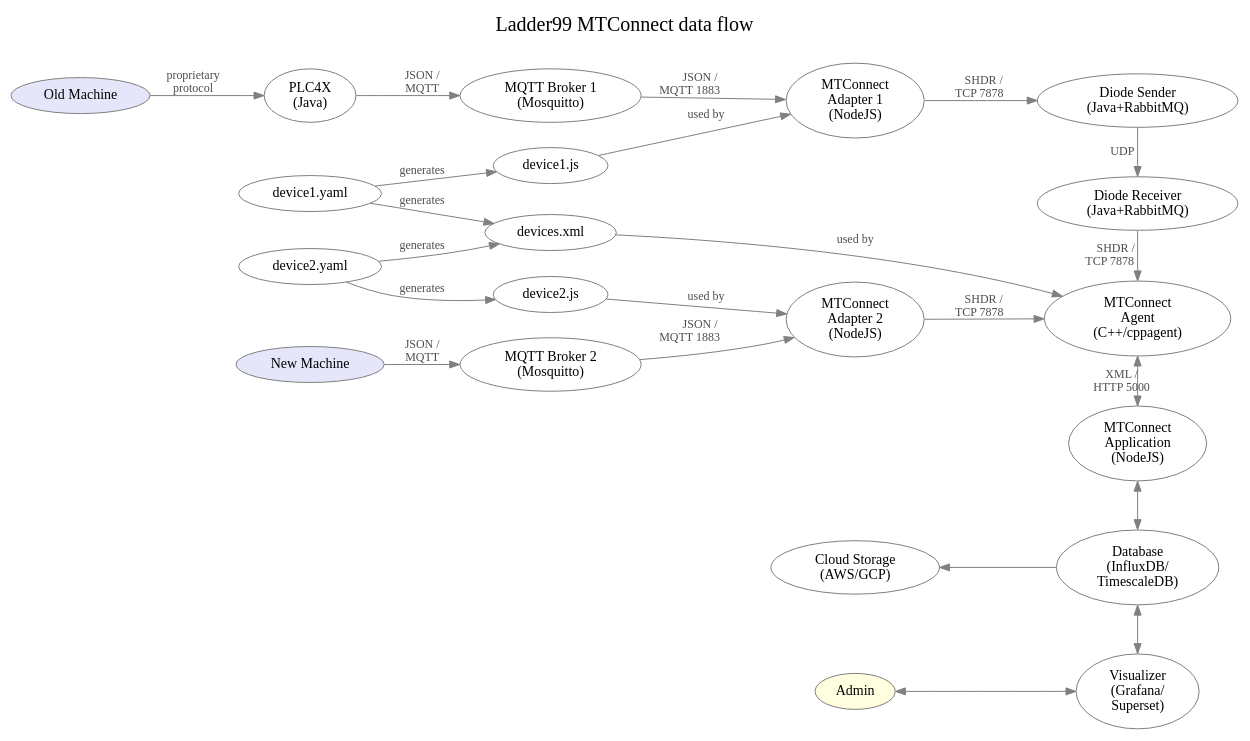
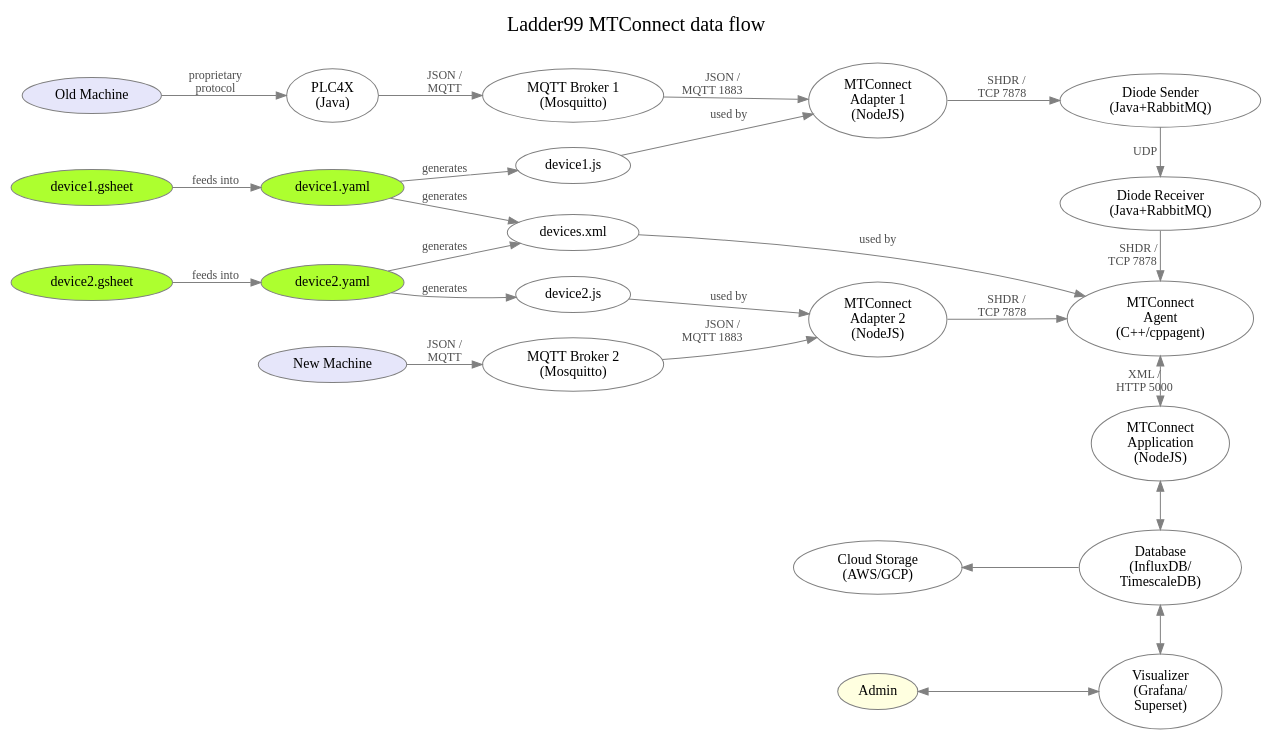
The diagram in docs/architecture.dot (Ladder99/ladder99), drawn with Graphviz before and after one commit. The commit also changed 1 other file, not shown here.

```diff
--- a/docs/architecture.dot
+++ b/docs/architecture.dot
@@ -1,73 +1,77 @@
 digraph "ladder99-adapter" {
 
   // styles
   graph [ label="Ladder99 MTConnect data flow\n "; color=lightgray; ];
   graph [ fontsize=20 ];
   graph [ labelloc=t ];
   graph [ ranksep=0.2 ];
   graph [ nodesep=0.35 ];
   graph [ rankdir=LR; ] // left-to-right
   node [ color=gray; fillcolor=white; style=filled ];
   edge [ color=gray ];
   edge [ fontsize=12; fontcolor=gray30; ];
 
   // nodes
   OldMachine [ fillcolor=lavender; label="Old Machine" ];
   NewMachine [ fillcolor=lavender; label="New Machine" ];
   PLC4X [ label="PLC4X\n(Java)" ];
   Broker1 [ label="MQTT Broker 1\n(Mosquitto)" ];
   Broker2 [ label="MQTT Broker 2\n(Mosquitto)" ];
-  Adapter1 [ fillcolor=white; label="MTConnect\nAdapter 1\n(NodeJS)" ];
-  Adapter2 [ fillcolor=white; label="MTConnect\nAdapter 2\n(NodeJS)" ];
-  Device1Yaml [ label="device1.yaml" ];
+  Adapter1 [ label="MTConnect\nAdapter 1\n(NodeJS)" ];
+  Adapter2 [ label="MTConnect\nAdapter 2\n(NodeJS)" ];
+  Device1Sheet [ fillcolor=greenyellow; label="device1.gsheet" ];
+  Device1Yaml [ fillcolor=greenyellow; label="device1.yaml" ];
   Device1Js [ label="device1.js" ];
-  Device2Yaml [ label="device2.yaml" ];
+  Device2Sheet [ fillcolor=greenyellow; label="device2.gsheet" ];
+  Device2Yaml [ fillcolor=greenyellow; label="device2.yaml" ];
   Device2Js [ label="device2.js" ];
   DiodeSender [ label="Diode Sender\n(Java+RabbitMQ)" ];
   DiodeReceiver [ label="Diode Receiver\n(Java+RabbitMQ)" ];
-  Agent [ fillcolor=white; label="MTConnect\nAgent\n(C++/cppagent)" ];
+  Agent [ label="MTConnect\nAgent\n(C++/cppagent)" ];
   DevicesXml [ label="devices.xml" ];
-  Application [ fillcolor=white; label="MTConnect\nApplication\n(NodeJS)" ];
+  Application [ label="MTConnect\nApplication\n(NodeJS)" ];
   Database [ label="Database\n(InfluxDB/\nTimescaleDB)" ];
   Visualizer [ label="Visualizer\n(Grafana/\nSuperset)" ];
   Cloud [ label="Cloud Storage\n(AWS/GCP)" ];
   Admin [ fillcolor=lightyellow ];
   // LOI [ label="LOI\n(SvelteJS)" ];
   // Operator [ fillcolor=lightyellow ];
 
   // edges
   OldMachine -> PLC4X [ label="proprietary\nprotocol" ];
   PLC4X -> Broker1 [ label="JSON / \nMQTT" ];
   NewMachine -> Broker2 [ label="JSON / \nMQTT" ];
   Broker1 -> Adapter1 [ label="JSON /    \nMQTT 1883           " ];
   Broker2 -> Adapter2 [ label="JSON /    \nMQTT 1883           " ];
   Adapter1 -> DiodeSender [ label="SHDR /   \nTCP 7878      " ];
   Adapter2 -> Agent [ label="SHDR /   \nTCP 7878      " ];
+  Device1Sheet -> Device1Yaml [ label="feeds into" ];
   Device1Yaml -> Device1Js [ label="generates" ];
   Device1Js -> Adapter1 [ label="used by" ];
+  Device2Sheet -> Device2Yaml [ label="feeds into" ];
   Device2Yaml -> Device2Js [ label="generates" ];
   Device2Js -> Adapter2 [ label="used by" ];
   Device1Yaml -> DevicesXml [ label="generates" ];
   Device2Yaml -> DevicesXml [ label="generates" ];
   DiodeSender -> DiodeReceiver [ label="UDP    " ];
   DiodeReceiver -> Agent [ label="SHDR /    \nTCP 7878        " ];
   // Adapter -> Agent [ label="SHDR/\nTCP 7878" ];
   Agent -> Application [ dir=both; label="XML /\nHTTP 5000" ];
   DevicesXml -> Agent [ label="used by" ];
   Application -> Database [ dir=both ];
   Database -> Visualizer [ dir=both ];
   Database -> Cloud;
   Visualizer -> Admin [ dir=both ];
   // Application -> LOI;
   // LOI -> Operator;
 
   // rank
   // { rank=same; OldMachine NewMachine };
   // { rank=same; Broker1 Broker2 Device1Yaml };
   // { rank=same; Device1Yaml DevicesXml };
   // { rank=same; PLC4X Broker Adapter DiodeSender DiodeReceiver Agent Application Database Visualizer };
   // { rank=same; Adapter1 Adapter2 DevicesXml };
   // { rank=same; DiodeSender DiodeReceiver Agent Application Database Visualizer };
   { rank=same; DiodeSender DiodeReceiver Agent Application Database Visualizer };
   { rank=same; Adapter1 Adapter2 Cloud Admin };
 }
```
